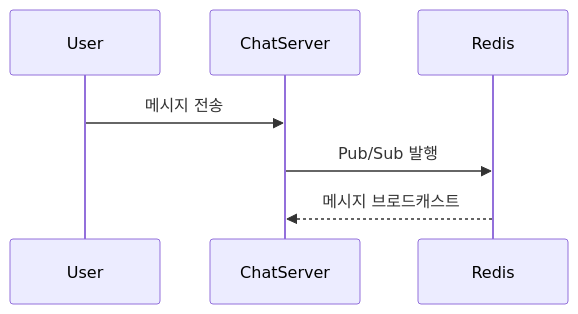
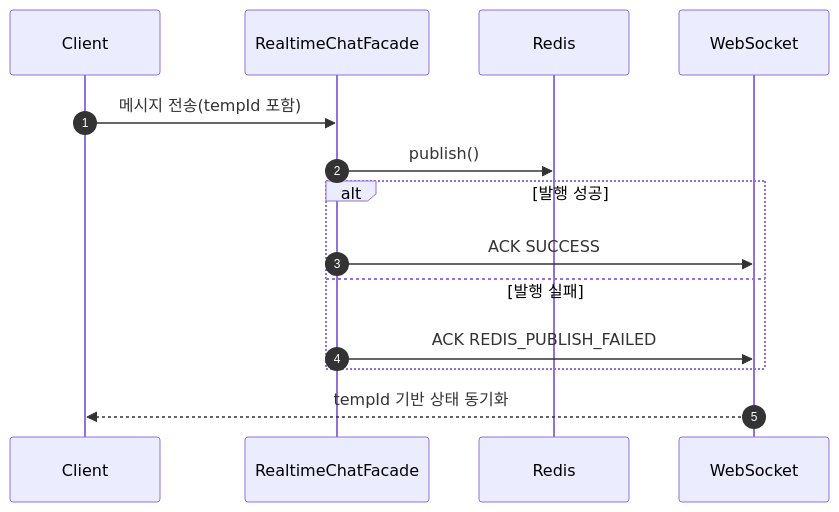
Before and after one commit to all-in-market/chat-server: the seventh of 19 diagrams in README.md, drawn with Mermaid. The commit also changed other lines of this file, not shown here.

Commit message:
docs: 채팅 서버 README 서비스 플로우 작성

````diff
--- a/README.md
+++ b/README.md
@@ -54,10 +234,21 @@
 ```mermaid
 sequenceDiagram
-    participant User
-    participant ChatServer
-    participant Redis
+    autonumber
 
-    User->>ChatServer: 메시지 전송
-    ChatServer->>Redis: Pub/Sub 발행
-    Redis-->>ChatServer: 메시지 브로드캐스트
+    participant Client
+    participant Facade as RealtimeChatFacade
+    participant Redis
+    participant WS as WebSocket
+
+    Client->>Facade: 메시지 전송(tempId 포함)
+
+    Facade->>Redis: publish()
+
+    alt 발행 성공
+        Facade->>WS: ACK SUCCESS
+    else 발행 실패
+        Facade->>WS: ACK REDIS_PUBLISH_FAILED
+    end
+
+    WS-->>Client: tempId 기반 상태 동기화
 ```
````
